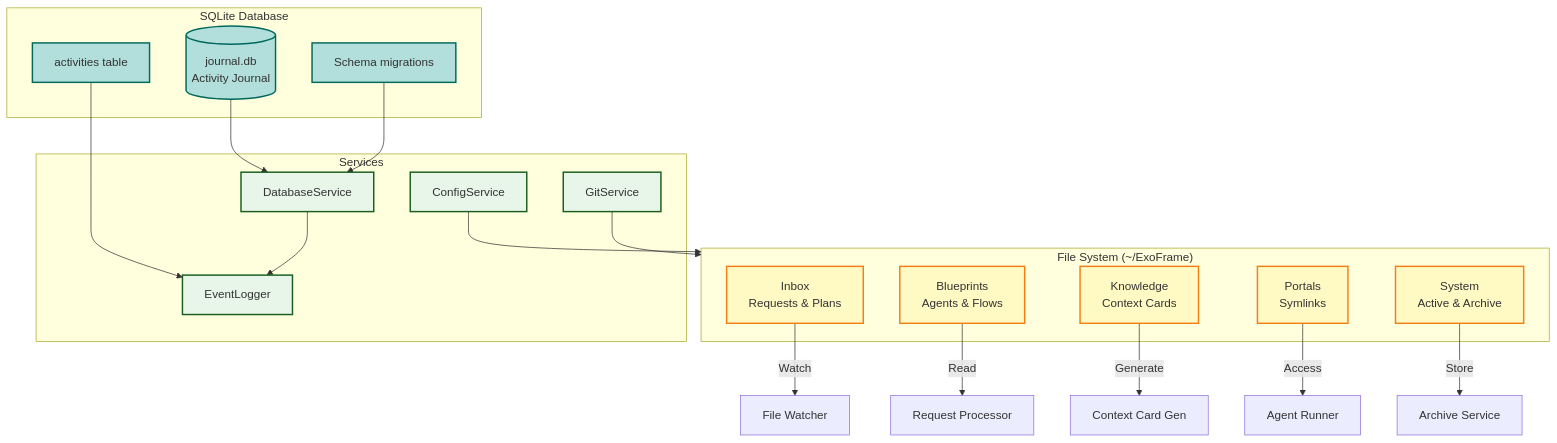
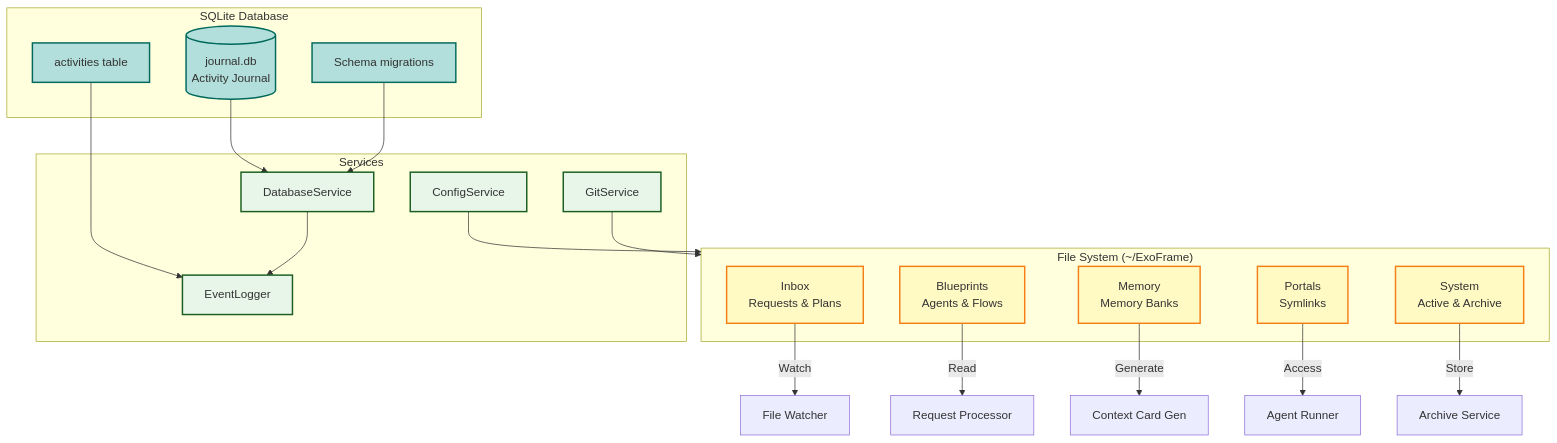
One commit to dostark/exoframe-public changed the tenth of 14 diagrams in docs/ExoFrame_Architecture.md. Above: the diagram before and after it, drawn with Mermaid. The commit also changed other lines of this file and 64 other files, not shown here.

First line of the commit message:
feat(memory): implement Phase 12 — Obsidian retirement & Memory Banks migration

````diff
--- a/docs/ExoFrame_Architecture.md
+++ b/docs/ExoFrame_Architecture.md
@@ -693,45 +693,45 @@
 ```mermaid
 graph TB
     subgraph FileSystem["File System (~/ExoFrame)"]
         Inbox["Inbox<br/>Requests & Plans"]
         Blueprint["Blueprints<br/>Agents & Flows"]
-        Knowledge["Knowledge<br/>Context Cards"]
+        Memory["Memory<br/>Memory Banks"]
         Portals["Portals<br/>Symlinks"]
         System["System<br/>Active & Archive"]
     end
 
     subgraph Database["SQLite Database"]
         Journal[("journal.db<br/>Activity Journal")]
         Activities["activities table"]
         Schema["Schema migrations"]
     end
 
     subgraph Services["Services"]
         DB["DatabaseService"]
         Event["EventLogger"]
         Config["ConfigService"]
         Git["GitService"]
     end
 
     Inbox -->|Watch| Watcher["File Watcher"]
     Blueprint -->|Read| ReqProc["Request Processor"]
-    Knowledge -->|Generate| CtxCard["Context Card Gen"]
+    Memory -->|Generate| CtxCard["Context Card Gen"]
     Portals -->|Access| AgentRun["Agent Runner"]
     System -->|Store| Archive["Archive Service"]
 
     Journal --> DB
     Activities --> Event
     Schema --> DB
 
     DB --> Event
     Config --> FileSystem
     Git --> FileSystem
 
     classDef storage fill:#fff9c4,stroke:#f57f17,stroke-width:2px
     classDef db fill:#b2dfdb,stroke:#00695c,stroke-width:2px
     classDef service fill:#e8f5e9,stroke:#1b5e20,stroke-width:2px
 
-    class Inbox,Blueprint,Knowledge,Portals,System storage
+    class Inbox,Blueprint,Memory,Portals,System storage
     class Journal,Activities,Schema db
     class DB,Event,Config,Git service
 ```
````
